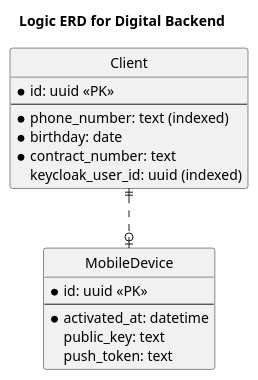
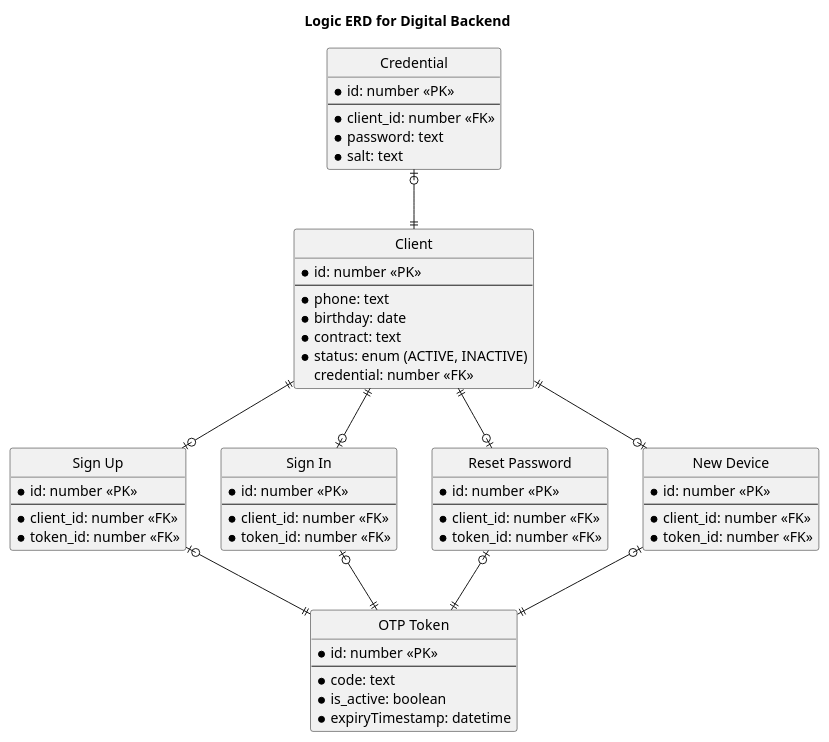
One commit to vvtomash/htbs changed the diagram in fintech-auth/diagrams/erd.puml. Above: the diagram before and after it, drawn with PlantUML. The commit also changed 16 other files, not shown here.

Commit message:
Commit. Multiple signup/otptoken/credential

```diff
--- a/fintech-auth/diagrams/erd.puml
+++ b/fintech-auth/diagrams/erd.puml
@@ -1,27 +1,84 @@
 @startuml
+title "Logic ERD for Digital Backend"
+hide circle
+'skinparam linetype ortho
 
-hide circle
-skinparam linetype ortho
-
-title "Logic ERD for Digital Backend"
-
-entity "Client" {
-  *id: uuid <<PK>>
-  --
-  *phone_number: text (indexed)
-  *birthday: date
-  *contract_number: text
-  keycloak_user_id: uuid (indexed)
+entity "Client" as client {
+    *id: number <<PK>>
+    --
+    *phone: text
+    *birthday: date
+    *contract: text
+    *status: enum (ACTIVE, INACTIVE)
+    credential: number <<FK>>
 }
 
-entity "MobileDevice" {
-  *id: uuid <<PK>>
-  --
-  *activated_at: datetime
-  public_key: text
-  push_token: text
+entity "Credential" as cred {
+    *id: number <<PK>>
+    --
+    *client_id: number <<FK>>
+    *password: text
+    *salt: text
 }
 
-"Client" ||..o| MobileDevice
+entity "OTP Token" as otp {
+    *id: number <<PK>>
+    --
+    *code: text
+    *is_active: boolean
+    *expiryTimestamp: datetime
+}
+
+entity "Sign Up" as signup {
+    *id: number <<PK>>
+    --
+    *client_id: number <<FK>>
+    *token_id: number <<FK>>
+}
+
+entity "Sign In" as signin {
+    *id: number <<PK>>
+    --
+    *client_id: number <<FK>>
+    *token_id: number <<FK>>
+}
+
+entity "Reset Password" as reset {
+    *id: number <<PK>>
+    --
+    *client_id: number <<FK>>
+    *token_id: number <<FK>>
+}
+
+entity "New Device" as new_device {
+    *id: number <<PK>>
+    --
+    *client_id: number <<FK>>
+    *token_id: number <<FK>>
+}
+
+'Relations
+cred |o--|| client
+
+client ||--o| signup
+client ||--o| signin
+client ||--o| reset
+client ||--o| new_device
+
+signup |o--|| otp
+signin |o--|| otp
+reset |o--|| otp
+new_device |o--|| otp
+
+
+'entity "Device" as device {
+'  *id: uuid <<PK>>
+'  --
+'  *activated_at: datetime
+'  public_key: text
+'  push_token: text
+'}
+'
+'cli ||..o| device
 
 @enduml
```
